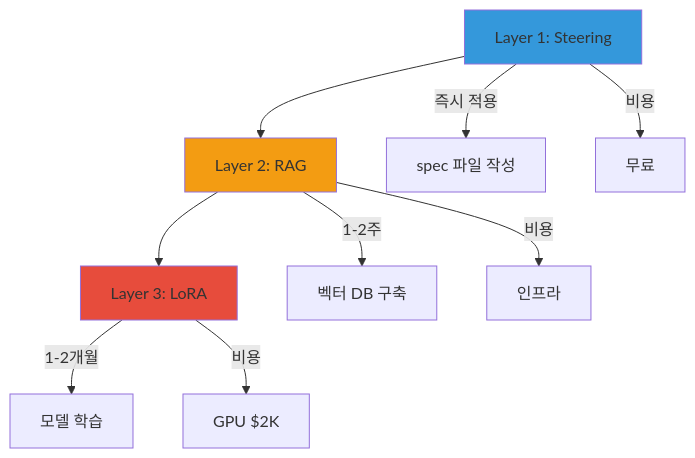
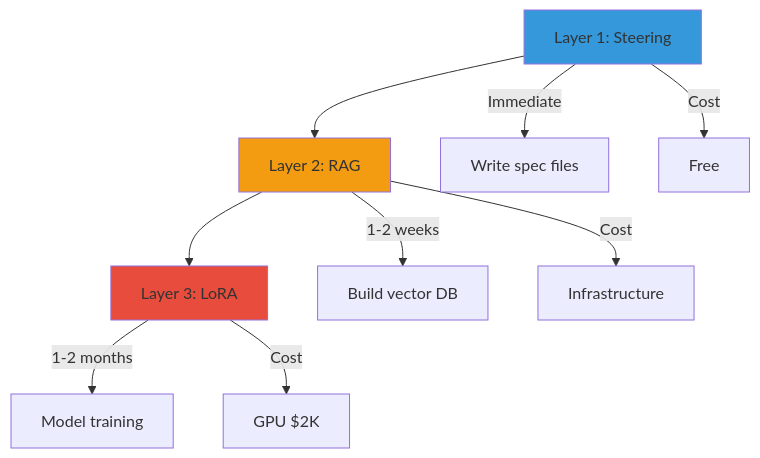
The first of 4 diagrams in docs/agentic-ai-platform/operations-mlops/governance/domain-customization.md (devfloor9/engineering-playbook), drawn with Mermaid before and after one commit. The commit also changed other lines of this file and 954 other files, not shown here.

````diff
--- a/docs/agentic-ai-platform/operations-mlops/governance/domain-customization.md
+++ b/docs/agentic-ai-platform/operations-mlops/governance/domain-customization.md
@@ -34,18 +34,18 @@
 ```mermaid
 graph TD
     L1[Layer 1: Steering] --> L2[Layer 2: RAG]
     L2 --> L3[Layer 3: LoRA]
     
-    L1 --> |즉시 적용| S1[spec 파일 작성]
-    L1 --> |비용| C1[무료]
+    L1 --> |Immediate| S1[Write spec files]
+    L1 --> |Cost| C1[Free]
     
-    L2 --> |1-2주| S2[벡터 DB 구축]
-    L2 --> |비용| C2[인프라]
+    L2 --> |1-2 weeks| S2[Build vector DB]
+    L2 --> |Cost| C2[Infrastructure]
     
-    L3 --> |1-2개월| S3[모델 학습]
-    L3 --> |비용| C3[GPU $2K]
+    L3 --> |1-2 months| S3[Model training]
+    L3 --> |Cost| C3[GPU $2K]
     
     style L1 fill:#3498db
     style L2 fill:#f39c12
     style L3 fill:#e74c3c
 ```
````
